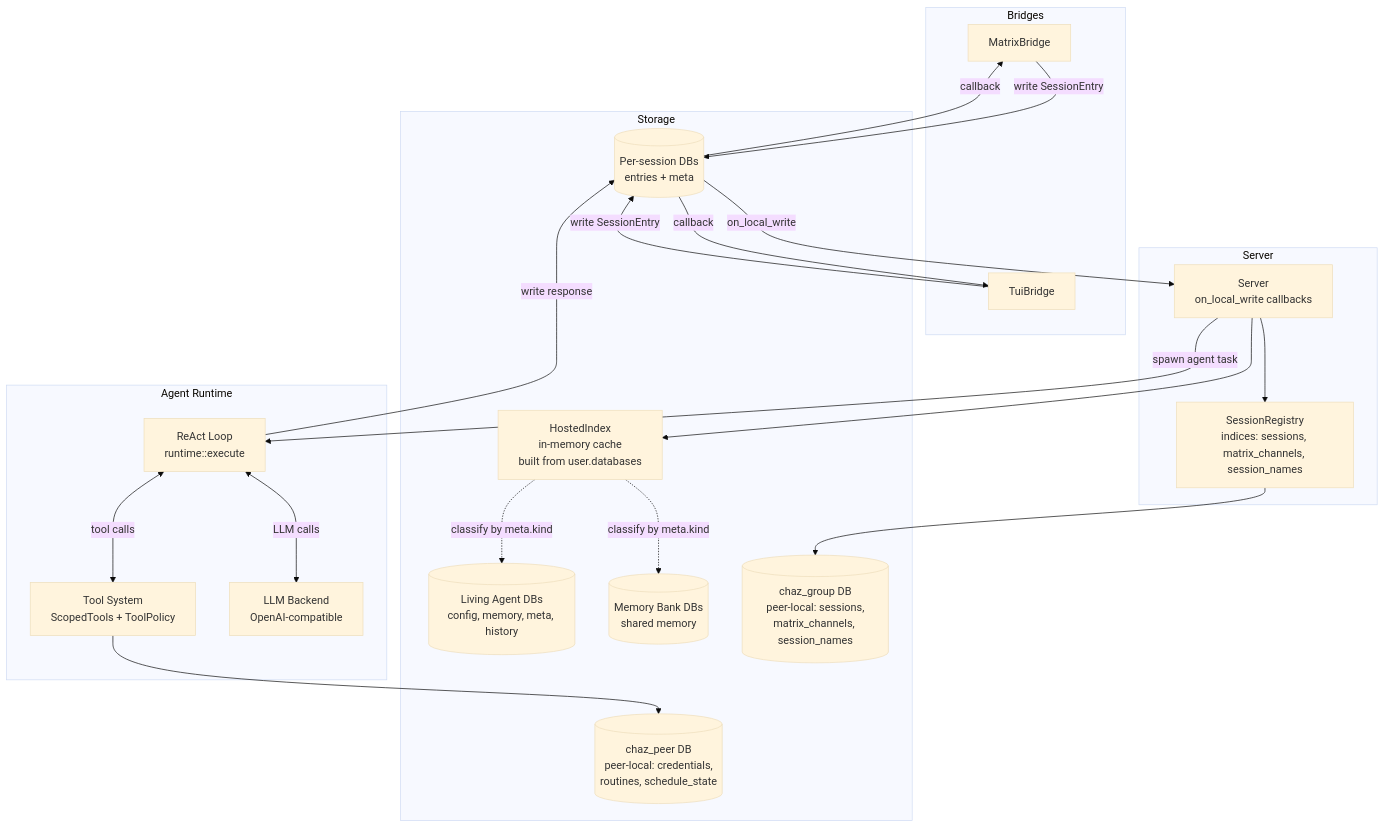
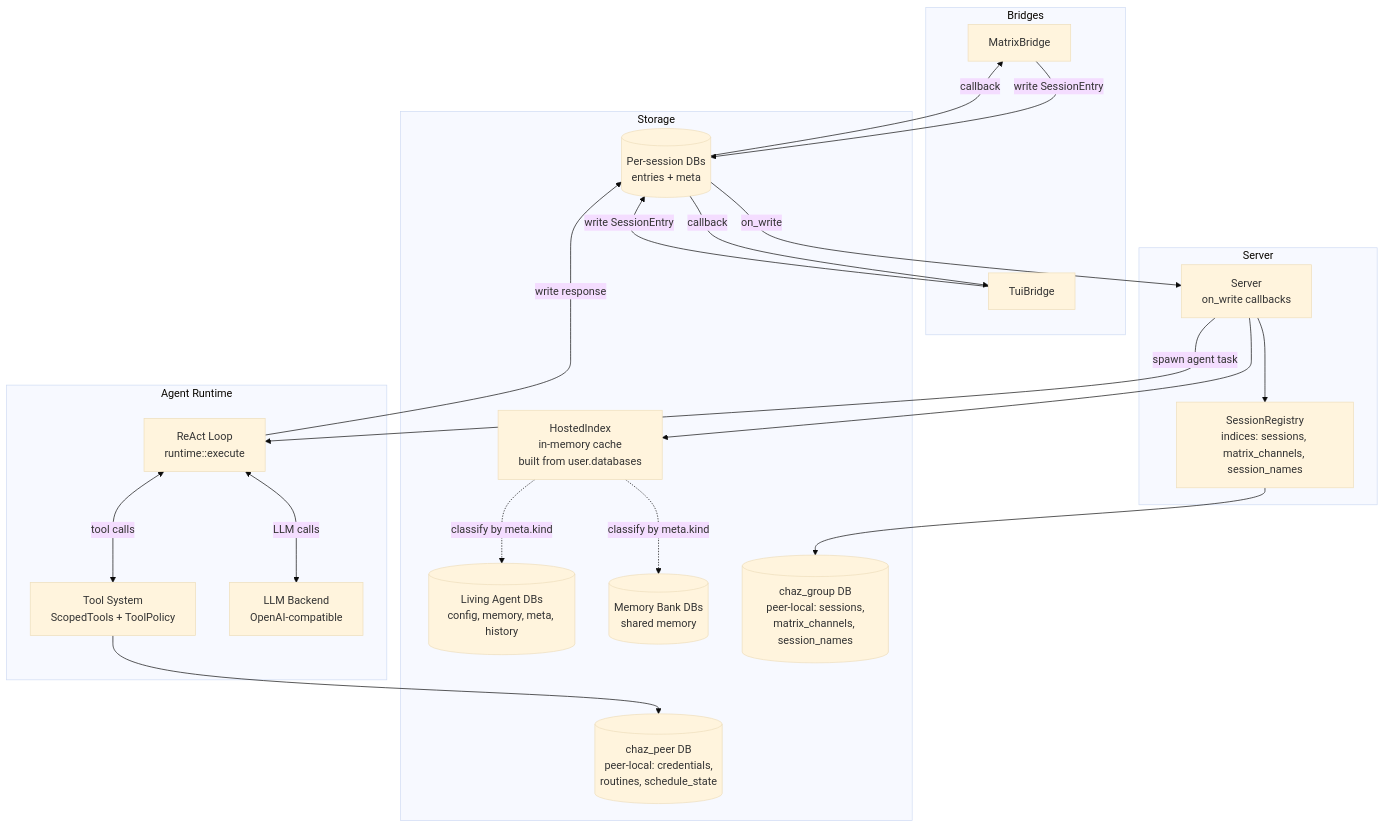
The diagram in docs/src/architecture/overview.md (arcuru/chaz), drawn with Mermaid (base theme) before and after one commit. The commit also changed other lines of this file and 6 other files, not shown here.

First line of the commit message:
docs: describe the write callbacks by the name they actually have

````diff
--- a/docs/src/architecture/overview.md
+++ b/docs/src/architecture/overview.md
@@ -7,43 +7,43 @@
 ```mermaid
 graph TD
     subgraph Bridges
         MG[MatrixBridge]
         TG[TuiBridge]
     end
 
     subgraph Server
-        SV[Server<br/>on_local_write callbacks]
+        SV[Server<br/>on_write callbacks]
         SR[SessionRegistry<br/>indices: sessions, matrix_channels, session_names]
     end
 
     subgraph "Agent Runtime"
         RT[ReAct Loop<br/>runtime::execute]
         TS[Tool System<br/>ScopedTools + ToolPolicy]
         LLM[LLM Backend<br/>OpenAI-compatible]
     end
 
     subgraph Storage
         EI[(Per-session DBs<br/>entries + meta)]
         LA[(Living Agent DBs<br/>config, memory, meta, history)]
         MB[(Memory Bank DBs<br/>shared memory)]
         CG[(chaz_group DB<br/>peer-local: sessions,<br/>matrix_channels, session_names)]
         CP[(chaz_peer DB<br/>peer-local: credentials,<br/>routines, schedule_state)]
         HI[HostedIndex<br/>in-memory cache<br/>built from user.databases]
     end
 
     MG -->|write SessionEntry| EI
     TG -->|write SessionEntry| EI
-    EI -->|on_local_write| SV
+    EI -->|on_write| SV
     SV -->|spawn agent task| RT
     RT <-->|tool calls| TS
     RT <-->|LLM calls| LLM
     RT -->|write response| EI
     EI -->|callback| MG
     EI -->|callback| TG
     SV --> SR
     SR --> CG
     TS --> CP
     SV --> HI
     HI -.->|classify by meta.kind| LA
     HI -.->|classify by meta.kind| MB
 ```
````
